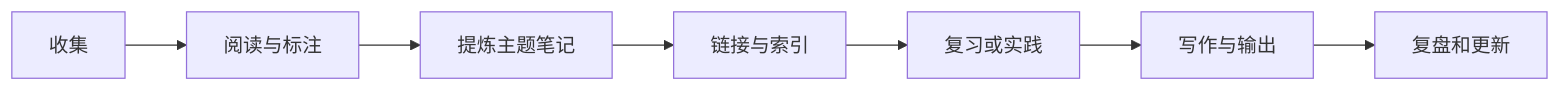
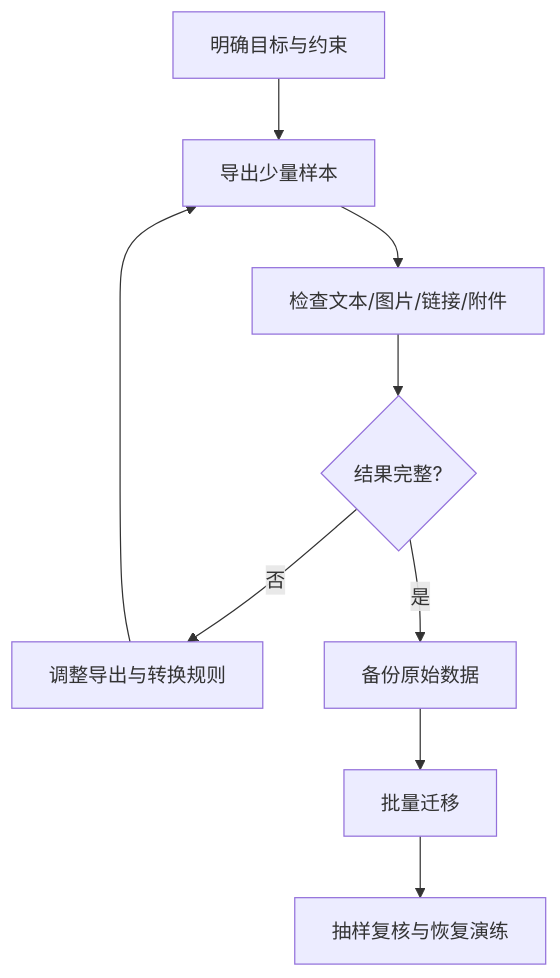
The diagram in pages/笔记软件.md (ilikui/Notes), drawn with Mermaid before and after one commit. The commit also changed other lines of this file and 20 other files, not shown here.

First line of the commit message:
docs: complete foundation notes and add diagrams

````diff
--- a/pages/笔记软件.md
+++ b/pages/笔记软件.md
@@ -42,9 +31,11 @@
 ```mermaid
-flowchart LR
-    A[收集] --> B[阅读与标注]
-    B --> C[提炼主题笔记]
-    C --> D[链接与索引]
-    D --> E[复习或实践]
-    E --> F[写作与输出]
-    F --> G[复盘和更新]
+flowchart TD
+    A[明确目标与约束] --> B[导出少量样本]
+    B --> C[检查文本/图片/链接/附件]
+    C --> D{结果完整?}
+    D -- 否 --> E[调整导出与转换规则]
+    E --> B
+    D -- 是 --> F[备份原始数据]
+    F --> G[批量迁移]
+    G --> H[抽样复核与恢复演练]
 ```
````
